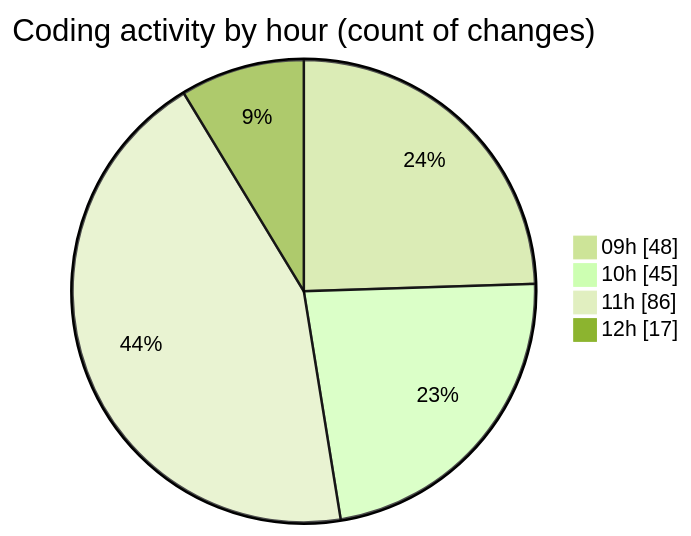
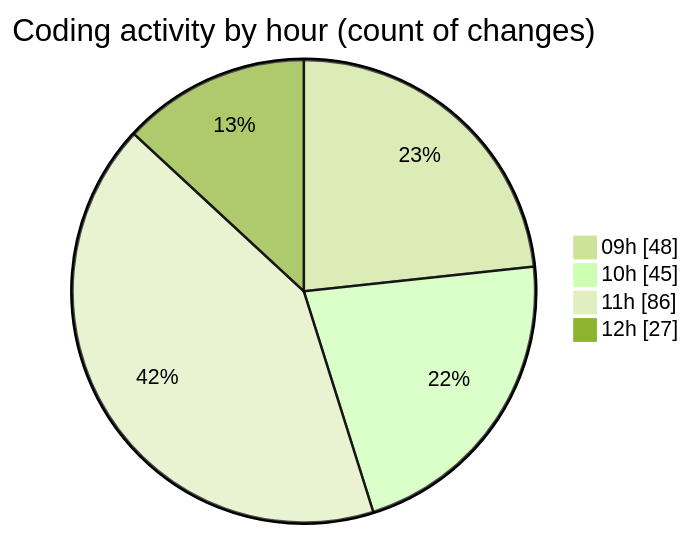
One commit to momahboobian/code-tracking changed the second of 2 diagrams in 2025-03-14/cda/README.md. Above: the diagram before and after it, drawn with Mermaid (forest theme). The commit also changed other lines of this file and 1 other file, not shown here.

````diff
--- a/2025-03-14/cda/README.md
+++ b/2025-03-14/cda/README.md
@@ -45,8 +45,8 @@
 ```mermaid
 pie showData
 title Coding activity by hour (count of changes)
 "09h" : 48
 "10h" : 45
 "11h" : 86
-"12h" : 17
+"12h" : 27
 ```
````
